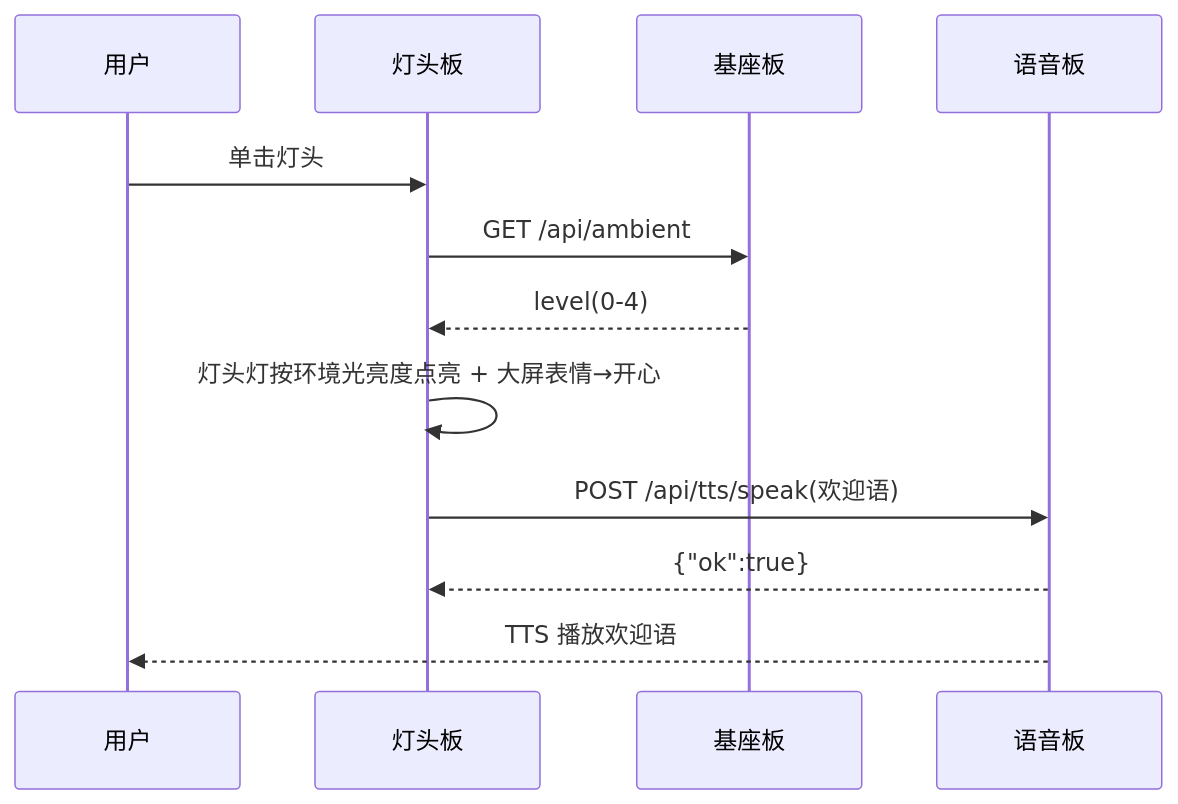
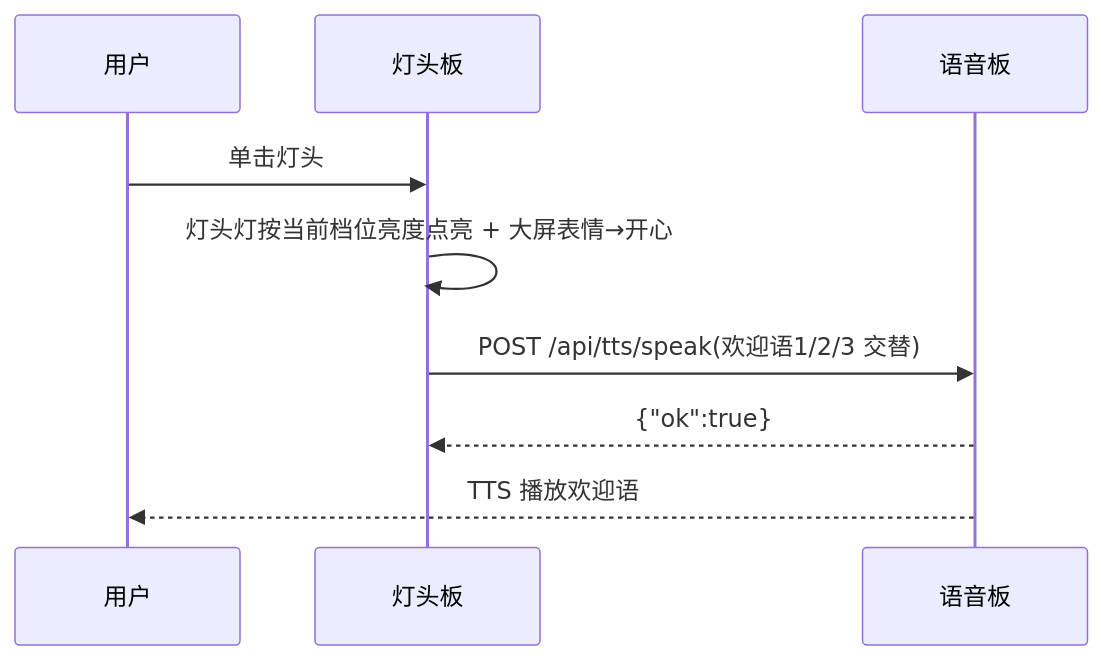
One commit to FocusGroup8/FocusLamp_DEMO2 changed the second of 6 diagrams in plan/09-三板联动Demo接口契约.md. Above: the diagram before and after it, drawn with Mermaid. The commit also changed other lines of this file and 9 other files, not shown here.

````diff
--- a/plan/09-三板联动Demo接口契约.md
+++ b/plan/09-三板联动Demo接口契约.md
@@ -128,14 +133,11 @@
 ```mermaid
 sequenceDiagram
     participant U as 用户
     participant H as 灯头板
-    participant B as 基座板
     participant T as 语音板
     U->>H: 单击灯头
-    H->>B: GET /api/ambient
-    B-->>H: level(0-4)
-    H->>H: 灯头灯按环境光亮度点亮 + 大屏表情→开心
-    H->>T: POST /api/tts/speak(欢迎语)
+    H->>H: 灯头灯按当前档位亮度点亮 + 大屏表情→开心
+    H->>T: POST /api/tts/speak(欢迎语1/2/3 交替)
     T-->>H: {"ok":true}
     T-->>U: TTS 播放欢迎语
 ```
````
